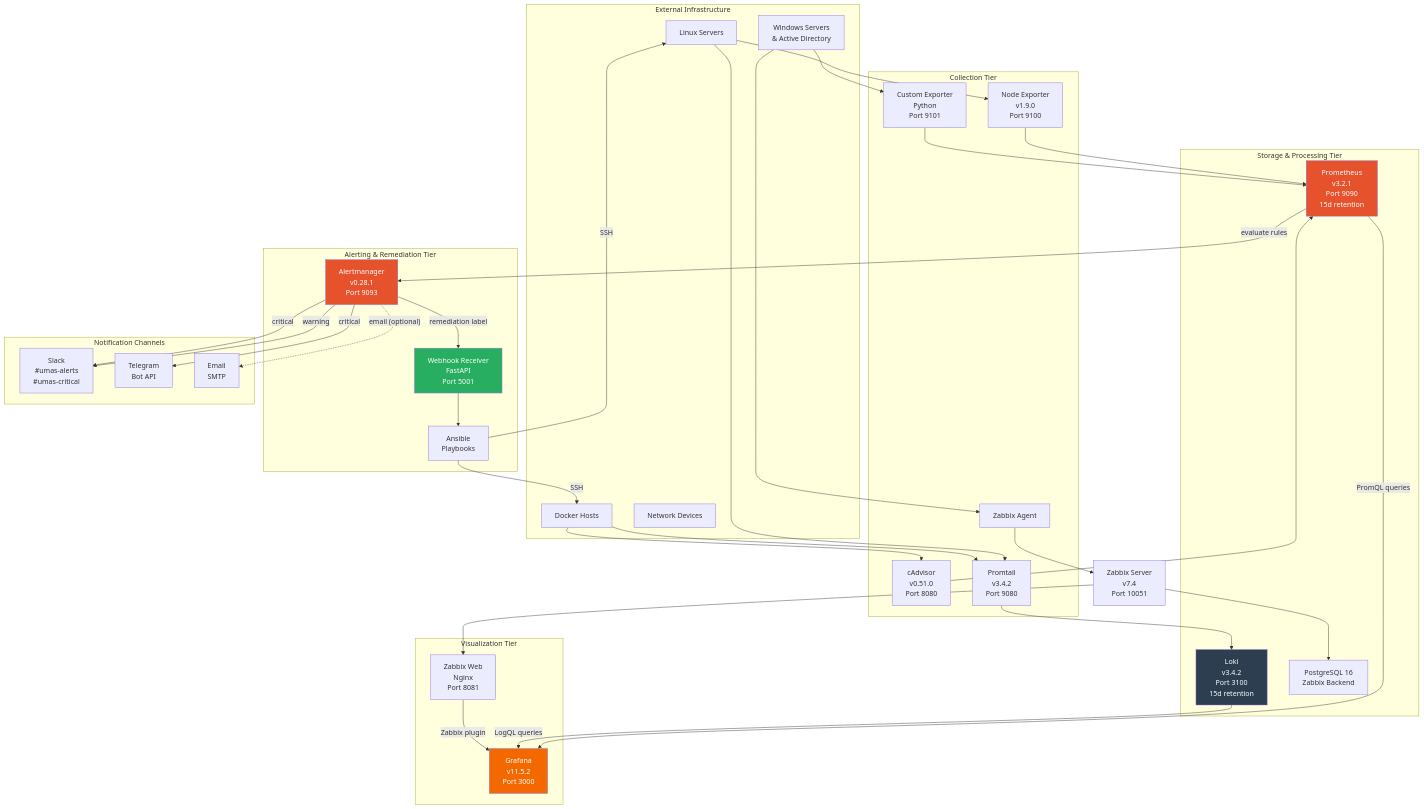
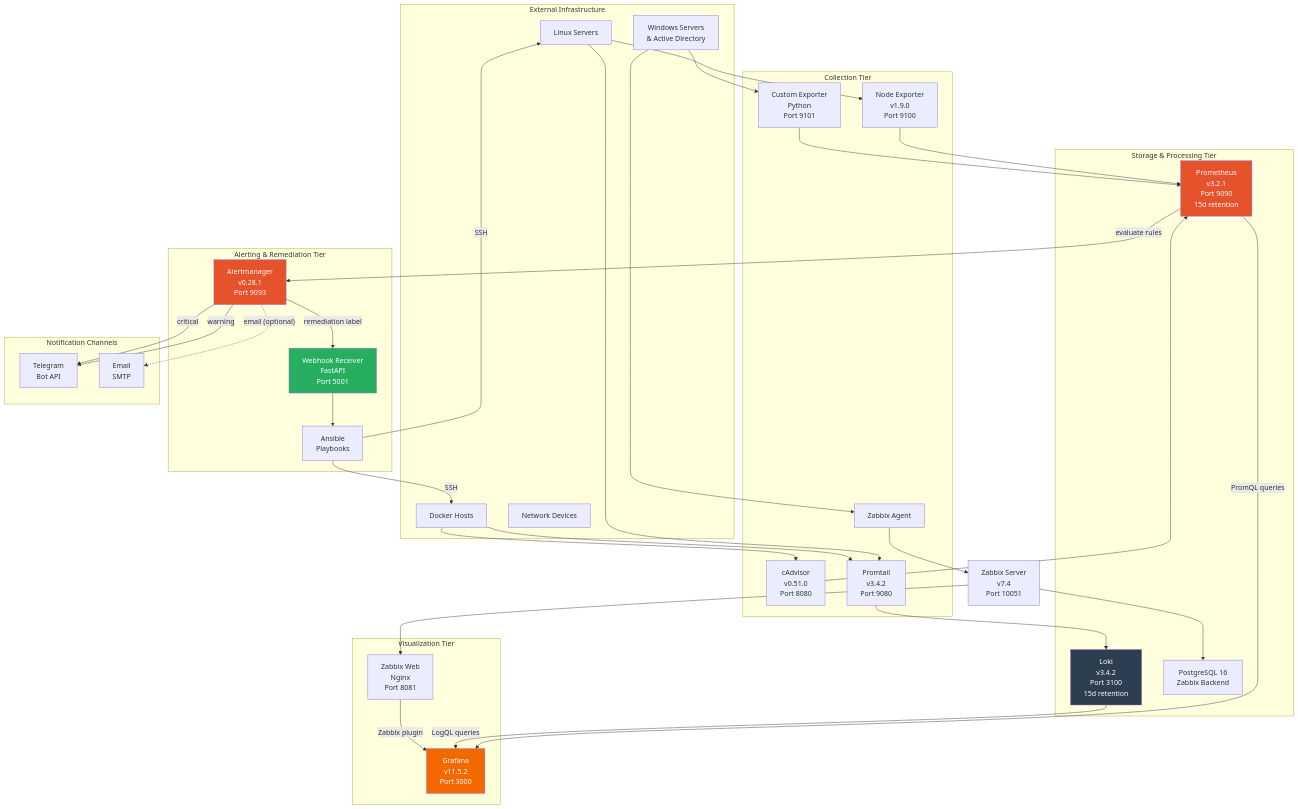
One commit to sahmaragaev/panoptes changed the first of 2 diagrams in docs/architecture.md. Above: the diagram before and after it, drawn with Mermaid. The commit also changed other lines of this file and 7 other files, not shown here.

Commit message:
Remove Slack integration and update notification channels to use Telegram exclusively for alerts. Adjust related documentation and configuration files accordingly.

````diff
--- a/docs/architecture.md
+++ b/docs/architecture.md
@@ -36,76 +36,74 @@
 ```mermaid
 flowchart TB
     subgraph External["External Infrastructure"]
         LS["Linux Servers"]
         WS["Windows Servers\n& Active Directory"]
         DC["Docker Hosts"]
         NET["Network Devices"]
     end
 
     subgraph Collection["Collection Tier"]
         NE["Node Exporter\nv1.9.0\nPort 9100"]
         CE["Custom Exporter\nPython\nPort 9101"]
         CA["cAdvisor\nv0.51.0\nPort 8080"]
         PT["Promtail\nv3.4.2\nPort 9080"]
         ZAG["Zabbix Agent"]
     end
 
     subgraph Storage["Storage & Processing Tier"]
         PR["Prometheus\nv3.2.1\nPort 9090\n15d retention"]
         LK["Loki\nv3.4.2\nPort 3100\n15d retention"]
         PG["PostgreSQL 16\nZabbix Backend"]
     end
 
     subgraph Alerting["Alerting & Remediation Tier"]
         AM["Alertmanager\nv0.28.1\nPort 9093"]
         WH["Webhook Receiver\nFastAPI\nPort 5001"]
         AB["Ansible\nPlaybooks"]
     end
 
     subgraph Viz["Visualization Tier"]
         GR["Grafana\nv11.5.2\nPort 3000"]
         ZW["Zabbix Web\nNginx\nPort 8081"]
     end
 
     subgraph Notify["Notification Channels"]
-        SL["Slack\n#umas-alerts\n#umas-critical"]
         TG["Telegram\nBot API"]
         EM["Email\nSMTP"]
     end
 
     LS --> NE
     LS --> PT
     WS --> ZAG
     WS --> CE
     DC --> CA
     DC --> PT
 
     NE --> PR
     CE --> PR
     CA --> PR
     PT --> LK
     ZAG --> ZS["Zabbix Server\nv7.4\nPort 10051"]
     ZS --> PG
 
     PR -->|"evaluate rules"| AM
     PR -->|"PromQL queries"| GR
     LK -->|"LogQL queries"| GR
     ZS --> ZW
     ZW -->|"Zabbix plugin"| GR
 
-    AM -->|"warning"| SL
-    AM -->|"critical"| SL
+    AM -->|"warning"| TG
     AM -->|"critical"| TG
     AM -->|"remediation label"| WH
     AM -.->|"email (optional)"| EM
 
     WH --> AB
     AB -->|"SSH"| LS
     AB -->|"SSH"| DC
 
     style PR fill:#E6522C,color:#fff
     style GR fill:#F46800,color:#fff
     style LK fill:#2C3E50,color:#fff
     style AM fill:#E6522C,color:#fff
     style WH fill:#27AE60,color:#fff
 ```
````
